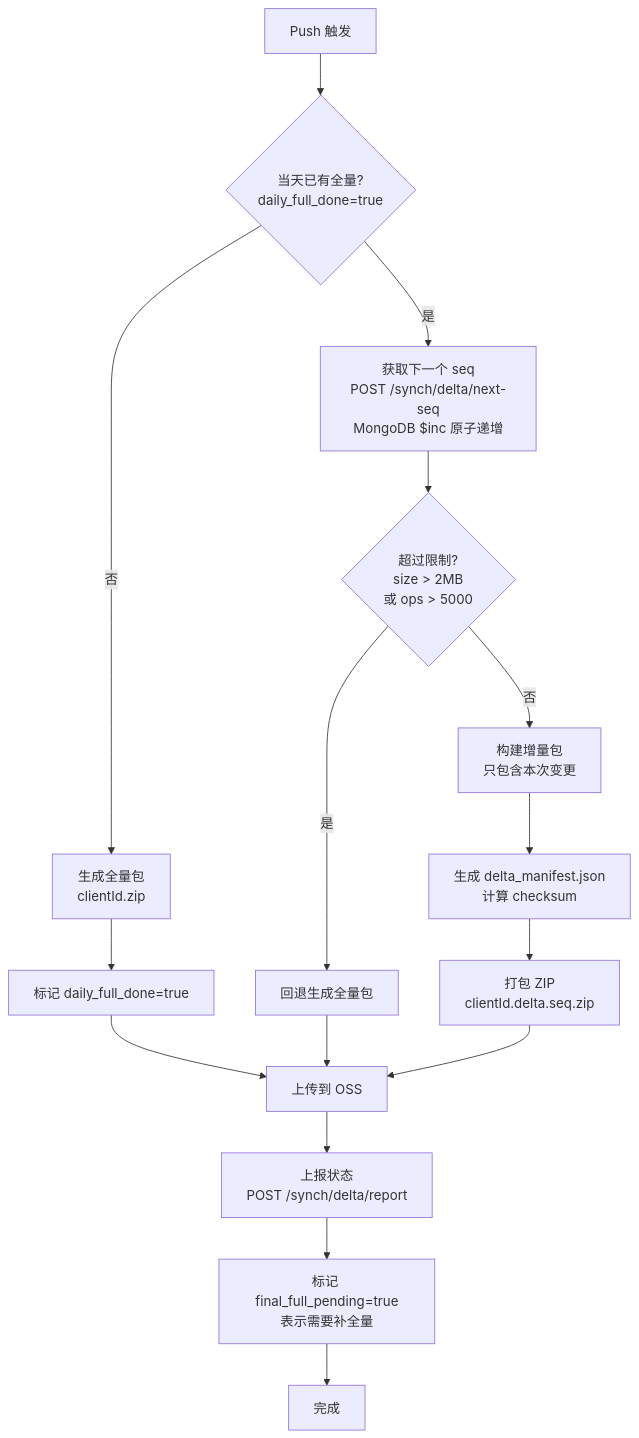
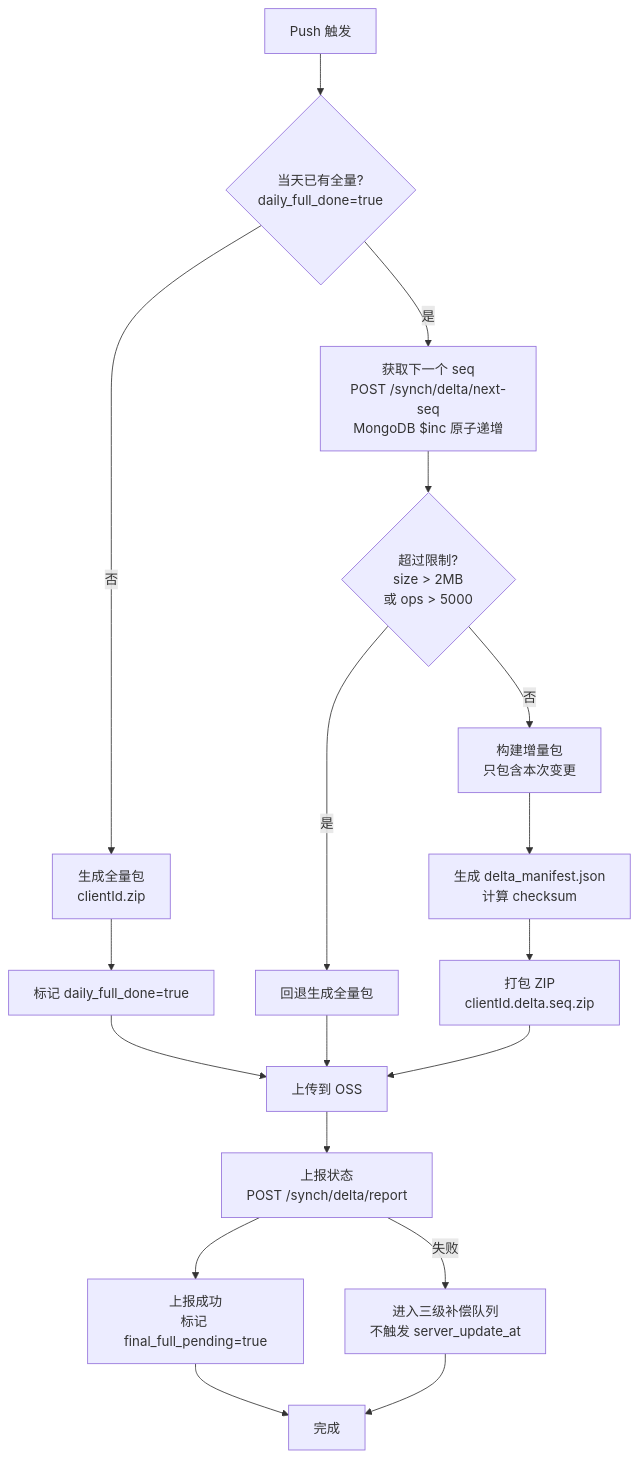
One commit to LucisXu/jotmo-skills changed diagram 15 of 33 in 多端同步流程图.md. Above: the diagram before and after it, drawn with Mermaid. The commit also changed other lines of this file, not shown here.

````diff
--- a/多端同步流程图.md
+++ b/多端同步流程图.md
@@ -407,29 +483,31 @@
 ```mermaid
 flowchart TD
     Start["Push 触发"] --> CheckFull{"当天已有全量?<br/>daily_full_done=true"}
 
     CheckFull -->|"否"| GenFull["生成全量包<br/>clientId.zip"]
     GenFull --> MarkFull["标记 daily_full_done=true"]
     MarkFull --> Upload
 
     CheckFull -->|"是"| GetSeq["获取下一个 seq<br/>POST /synch/delta/next-seq<br/>MongoDB $inc 原子递增"]
 
     GetSeq --> CheckLimit{"超过限制?<br/>size > 2MB<br/>或 ops > 5000"}
 
     CheckLimit -->|"是"| FallbackFull["回退生成全量包"]
     FallbackFull --> Upload
 
     CheckLimit -->|"否"| BuildDelta["构建增量包<br/>只包含本次变更"]
 
     BuildDelta --> GenManifest["生成 delta_manifest.json<br/>计算 checksum"]
 
     GenManifest --> PackZip["打包 ZIP<br/>clientId.delta.seq.zip"]
 
     PackZip --> Upload["上传到 OSS"]
 
     Upload --> Report["上报状态<br/>POST /synch/delta/report"]
 
-    Report --> MarkPending["标记 final_full_pending=true<br/>表示需要补全量"]
+    Report --> MarkPending["上报成功<br/>标记 final_full_pending=true"]
+    Report -->|"失败"| PendingQueue["进入三级补偿队列<br/>不触发 server_update_at"]
 
     MarkPending --> Done["完成"]
+    PendingQueue --> Done
 ```
````
